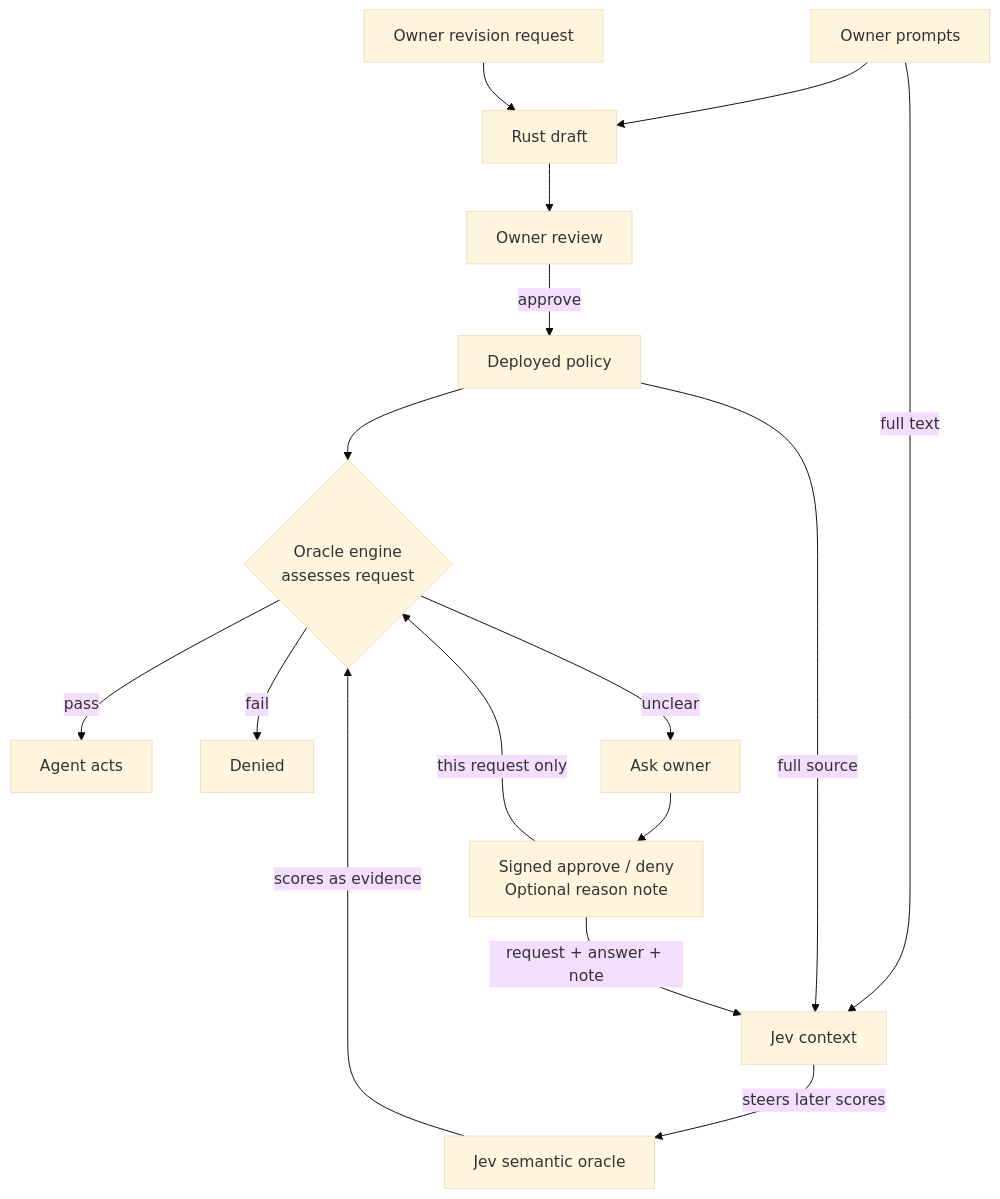
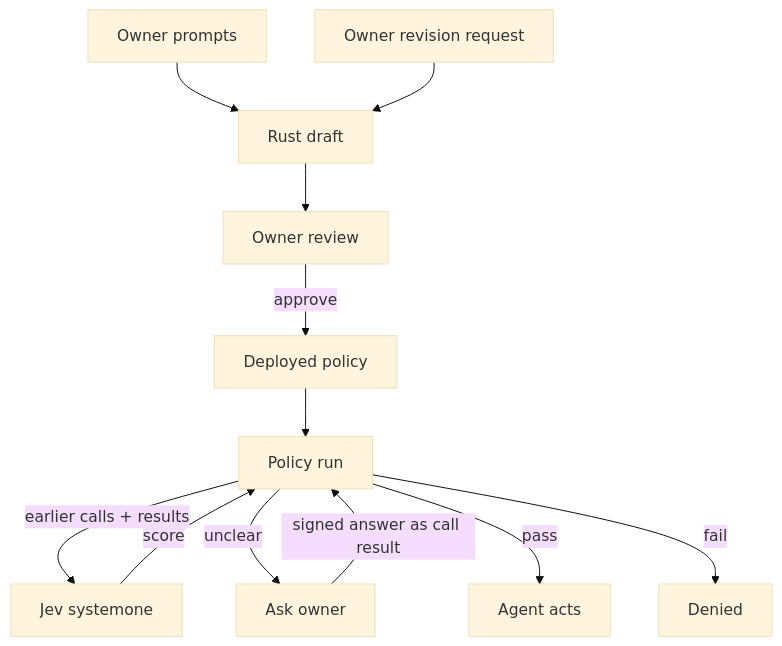
Before and after one commit to AllowIt-hq/Colosseum: the third of 4 diagrams in docs/architecture.md, drawn with Mermaid (base theme). The commit also changed other lines of this file and 1 other file, not shown here.

Commit message:
Limit Jev context to earlier policy calls and results

````diff
--- a/docs/architecture.md
+++ b/docs/architecture.md
@@ -122,18 +124,14 @@
 ```mermaid
 flowchart TB
     Prompts[Owner prompts] --> Draft[Rust draft]
     Draft --> Review[Owner review]
     Review -->|approve| Active[Deployed policy]
-    Active --> Eval{Oracle engine<br/>assesses request}
-    Jev[Jev semantic oracle] -->|scores as evidence| Eval
-    Eval -->|pass| Act[Agent acts]
-    Eval -->|fail| Deny[Denied]
-    Eval -->|unclear| Ask[Ask owner]
-    Ask --> Answer[Signed approve / deny<br/>Optional reason note]
-    Answer -->|this request only| Eval
-    Prompts -->|full text| Ctx[Jev context]
-    Active -->|full source| Ctx
-    Answer -->|request + answer + note| Ctx
-    Ctx -->|steers later scores| Jev
+    Active --> Run[Policy run]
+    Run -->|earlier calls + results| Jev[Jev systemone]
+    Jev -->|score| Run
+    Run -->|unclear| Ask[Ask owner]
+    Ask -->|signed answer as call result| Run
+    Run -->|pass| Act[Agent acts]
+    Run -->|fail| Deny[Denied]
     Revise[Owner revision request] --> Draft
 ```
````
